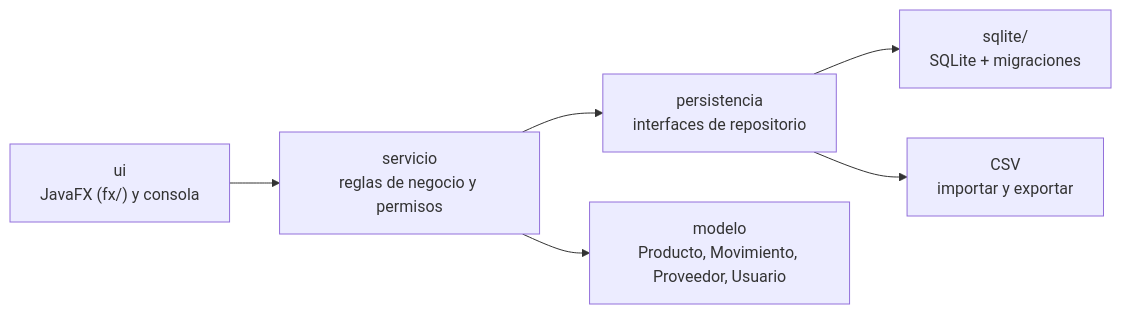
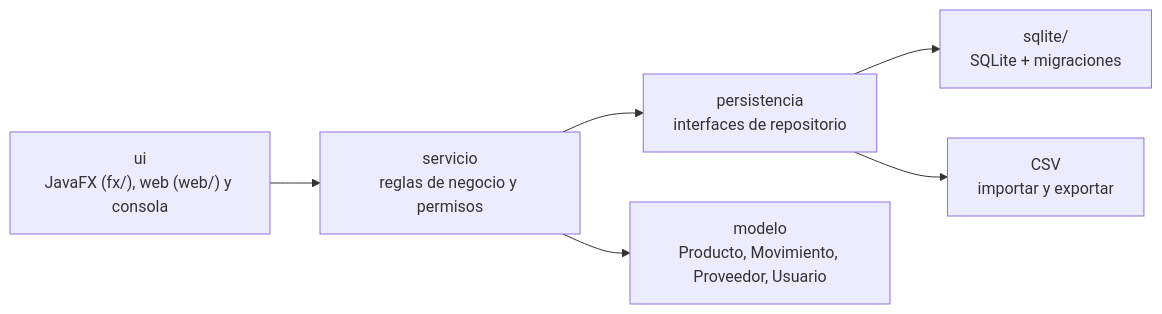
One commit to alex123floresc-sketch/AdmInven changed the first of 2 diagrams in README.md. Above: the diagram before and after it, drawn with Mermaid. The commit also changed other lines of this file and 7 other files, not shown here.

````diff
--- a/README.md
+++ b/README.md
@@ -60,8 +128,8 @@
 ```mermaid
 flowchart LR
-    UI["ui<br/>JavaFX (fx/) y consola"] --> S["servicio<br/>reglas de negocio y permisos"]
+    UI["ui<br/>JavaFX (fx/), web (web/) y consola"] --> S["servicio<br/>reglas de negocio y permisos"]
     S --> R["persistencia<br/>interfaces de repositorio"]
     R --> DB["sqlite/<br/>SQLite + migraciones"]
     R --> CSV["CSV<br/>importar y exportar"]
     S --> M["modelo<br/>Producto, Movimiento, Proveedor, Usuario"]
 ```
````
